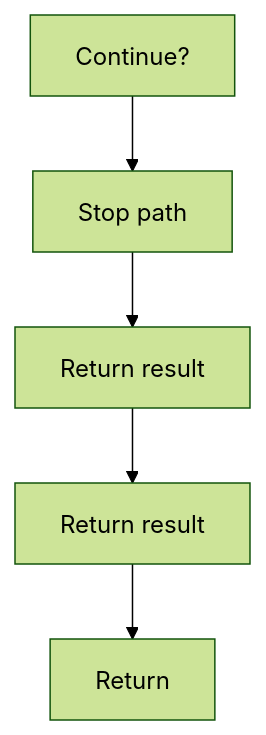
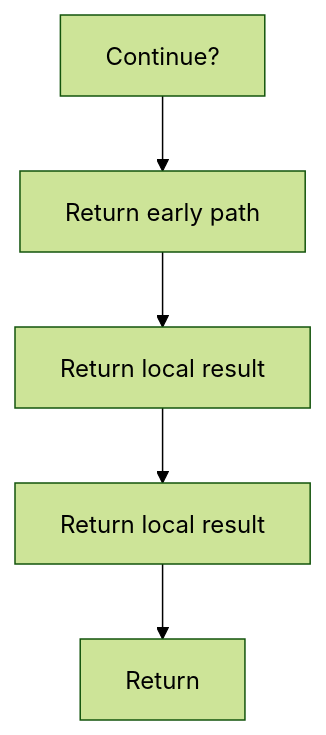
Before and after one commit to JohnAndrewBalbarosa/NeoTerritory: the seventh of 7 diagrams in docs/Codebase/Backend/src/controllers/authController.js.md, drawn with Mermaid (forest theme). The commit also changed other lines of this file and 915 other files, not shown here.

````diff
--- a/docs/Codebase/Backend/src/controllers/authController.js.md
+++ b/docs/Codebase/Backend/src/controllers/authController.js.md
@@ -206,12 +205,12 @@
 ```mermaid
 flowchart TD
     N0["Continue?"]
-    N1["Stop path"]
-    N2["Return result"]
-    N3["Return result"]
+    N1["Return early path"]
+    N2["Return local result"]
+    N3["Return local result"]
     N4["Return"]
     N0 --> N1
     N1 --> N2
     N2 --> N3
     N3 --> N4
 ```
````
